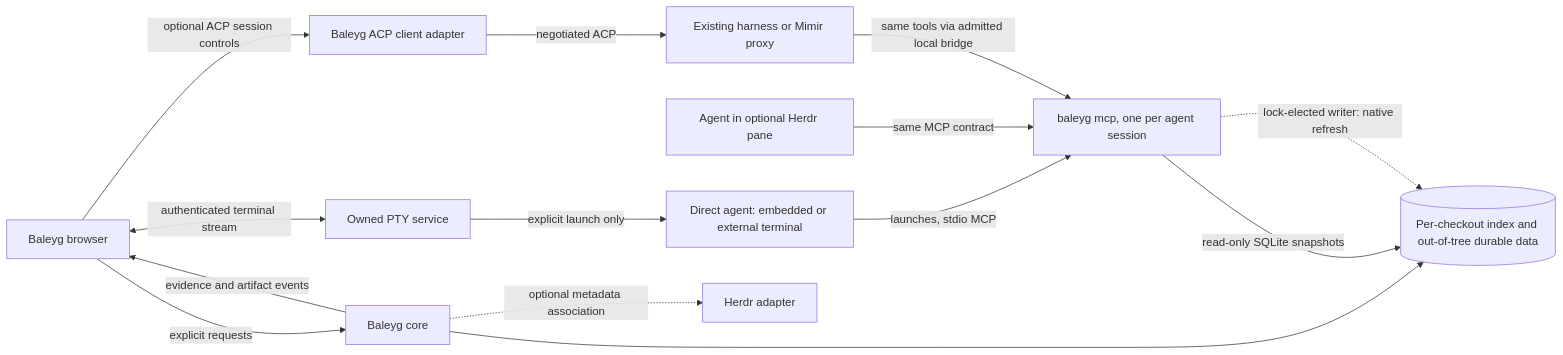
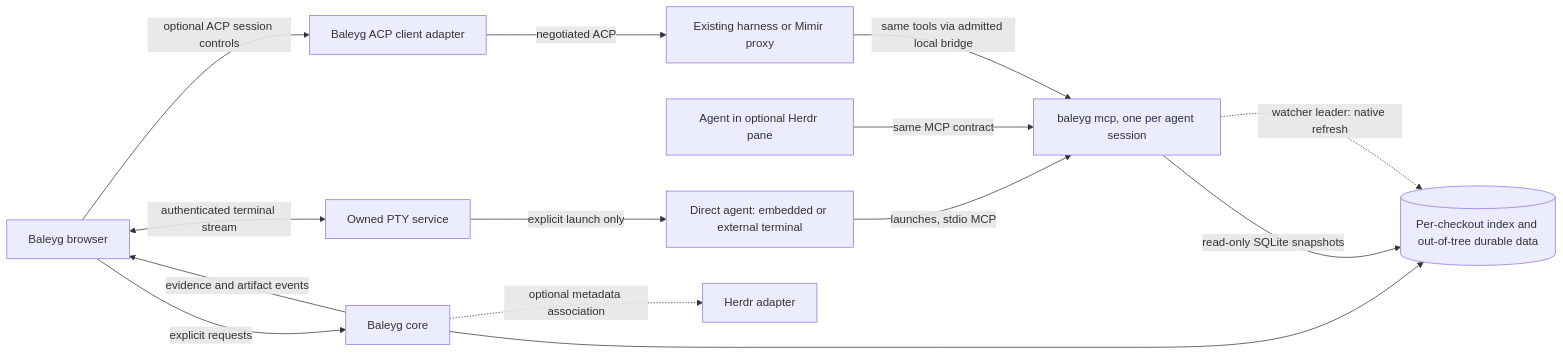
The diagram in SPEC.md (jasoncarreira/baleyg), drawn with Mermaid before and after one commit. The commit also changed other lines of this file and 9 other files, not shown here.

````diff
--- a/SPEC.md
+++ b/SPEC.md
@@ -229,16 +233,16 @@
 ```mermaid
 flowchart LR
   UI[Baleyg browser] -->|explicit requests| CORE[Baleyg core]
   CORE -->|evidence and artifact events| UI
   CORE --> M[(Per-checkout index and out-of-tree durable data)]
   DIRECT[Direct agent: embedded or external terminal] -->|launches, stdio MCP| MCP[baleyg mcp, one per agent session]
   UI <-->|authenticated terminal stream| PTY[Owned PTY service]
   PTY -->|explicit launch only| DIRECT
   HERDR[Agent in optional Herdr pane] -->|same MCP contract| MCP
   UI -->|optional ACP session controls| ACP[Baleyg ACP client adapter]
   ACP -->|negotiated ACP| HARNESS[Existing harness or Mimir proxy]
   HARNESS -->|same tools via admitted local bridge| MCP
   MCP -->|read-only SQLite snapshots| M
-  MCP -. lock-elected writer: native refresh .-> M
+  MCP -. watcher leader: native refresh .-> M
   CORE -. optional metadata association .-> HM[Herdr adapter]
 ```
````
